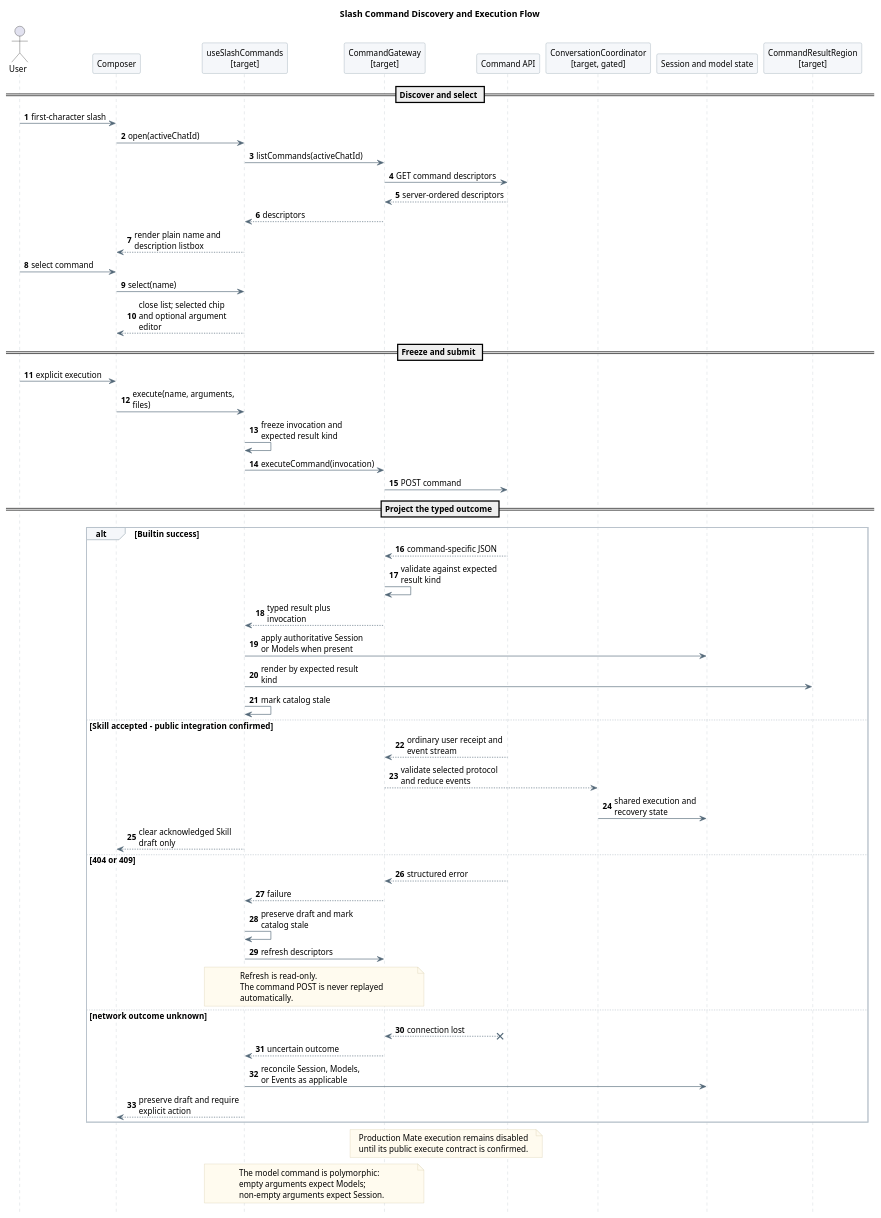
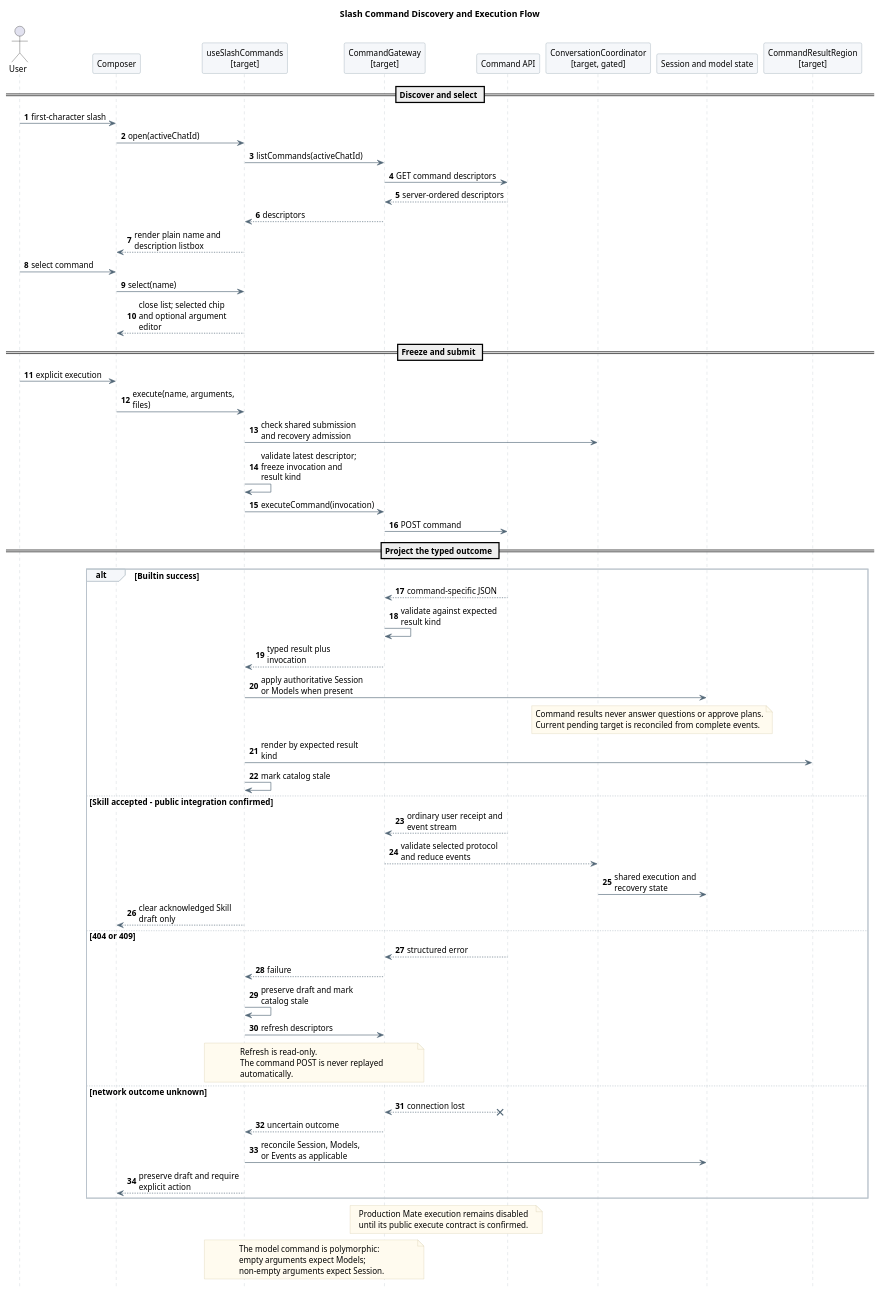
The third of 3 diagrams in 04-命令与技能/00-Slash-Command通用模块/前端设计/diagram.puml (ssm0808/pi-mono-java-design), drawn with PlantUML before and after one commit. The commit also changed other lines of this file and 21 other files, not shown here.

```diff
--- a/04-命令与技能/00-Slash-Command通用模块/前端设计/diagram.puml
+++ b/04-命令与技能/00-Slash-Command通用模块/前端设计/diagram.puml
@@ -216,100 +228,105 @@
 @startuml slash_command_execution_flow
 skinparam backgroundColor white
 skinparam defaultFontName SansSerif
 skinparam defaultFontSize 13
 skinparam shadowing false
 skinparam sequenceMessageAlign left
 skinparam maxMessageSize 165
 skinparam sequenceArrowColor #526777
 skinparam sequenceLifeLineBorderColor #BAC4CC
 skinparam sequenceParticipantBackgroundColor #F5F7FA
 skinparam sequenceParticipantBorderColor #8496A4
 skinparam sequenceGroupBackgroundColor #F5F7FA
 skinparam sequenceGroupBorderColor #BAC4CC
 skinparam noteBackgroundColor #FFFBEF
 skinparam noteBorderColor #D2C6A5
 hide footbox
 autonumber
 title Slash Command Discovery and Execution Flow
 
 ' Source baseline: pi-mono-java@6f52fddc87a03c20916fc7b6ef1de87f6a7a8cf5
 ' Source evidence: frontend/src/composables/useRuntimeApi.ts, requestRaw and return surface
 ' Contract evidence: Runtime operations listSessionCommands and executeSessionCommand
 ' Historical behavior: the 6f52fddc frontend had no command HTTP methods or response projectors.
 ' UI update baseline: pi-mono-java@4cc8dd86f601417c22cf9306e52152acbb59bb60
 ' Source evidence: frontend/src/components/ComposerBox.vue, choose and runCommand
 ' Source evidence: frontend/src/runtime/commands.ts, freezeInvocation and decodeCommandResult
 ' Observed behavior: current command submission already freezes an invocation and decodes by expected result kind.
 ' Target-only design: the browser workflow and production Mate gateway are proposed.
 ' Design reason: decode from an immutable invocation, never replay an uncertain mutation, and reconcile through authoritative resources.
 
 
 actor User
 participant "Composer" as Composer
 participant "useSlashCommands\n[target]" as Slash
 participant "CommandGateway\n[target]" as Gateway
 participant "Command API" as Api
 participant "ConversationCoordinator\n[target, gated]" as Conversation
 participant "Session and model state" as State
 participant "CommandResultRegion\n[target]" as Result
 
 == Discover and select ==
 User -> Composer : first-character slash
 Composer -> Slash : open(activeChatId)
 Slash -> Gateway : listCommands(activeChatId)
 Gateway -> Api : GET command descriptors
 Api --> Gateway : server-ordered descriptors
 Gateway --> Slash : descriptors
 Slash --> Composer : render plain name and description listbox
 
 User -> Composer : select command
 Composer -> Slash : select(name)
 Slash --> Composer : close list; selected chip and optional argument editor
 == Freeze and submit ==
 User -> Composer : explicit execution
 Composer -> Slash : execute(name, arguments, files)
-Slash -> Slash : freeze invocation and expected result kind
+Slash -> Conversation : check shared submission and recovery admission
+Slash -> Slash : validate latest descriptor; freeze invocation and result kind
 Slash -> Gateway : executeCommand(invocation)
 Gateway -> Api : POST command
 
 == Project the typed outcome ==
 alt Builtin success
   Api --> Gateway : command-specific JSON
   Gateway -> Gateway : validate against expected result kind
   Gateway --> Slash : typed result plus invocation
   Slash -> State : apply authoritative Session or Models when present
+  note over Conversation,State
+  Command results never answer questions or approve plans.
+  Current pending target is reconciled from complete events.
+  end note
   Slash -> Result : render by expected result kind
   Slash -> Slash : mark catalog stale
 else Skill accepted - public integration confirmed
   Api --> Gateway : ordinary user receipt and event stream
   Gateway --> Conversation : validate selected protocol and reduce events
   Conversation -> State : shared execution and recovery state
   Slash --> Composer : clear acknowledged Skill draft only
 else 404 or 409
   Api --> Gateway : structured error
   Gateway --> Slash : failure
   Slash -> Slash : preserve draft and mark catalog stale
   Slash -> Gateway : refresh descriptors
   note over Slash,Gateway
   Refresh is read-only.
   The command POST is never replayed
   automatically.
   end note
 else network outcome unknown
   Api x-- Gateway : connection lost
   Gateway --> Slash : uncertain outcome
   Slash -> State : reconcile Session, Models, or Events as applicable
   Slash --> Composer : preserve draft and require explicit action
 end
 
 note over Gateway,Api
   Production Mate execution remains disabled
   until its public execute contract is confirmed.
 end note
 
 note over Slash,Gateway
   The model command is polymorphic:
   empty arguments expect Models;
   non-empty arguments expect Session.
 end note
 @enduml
```
